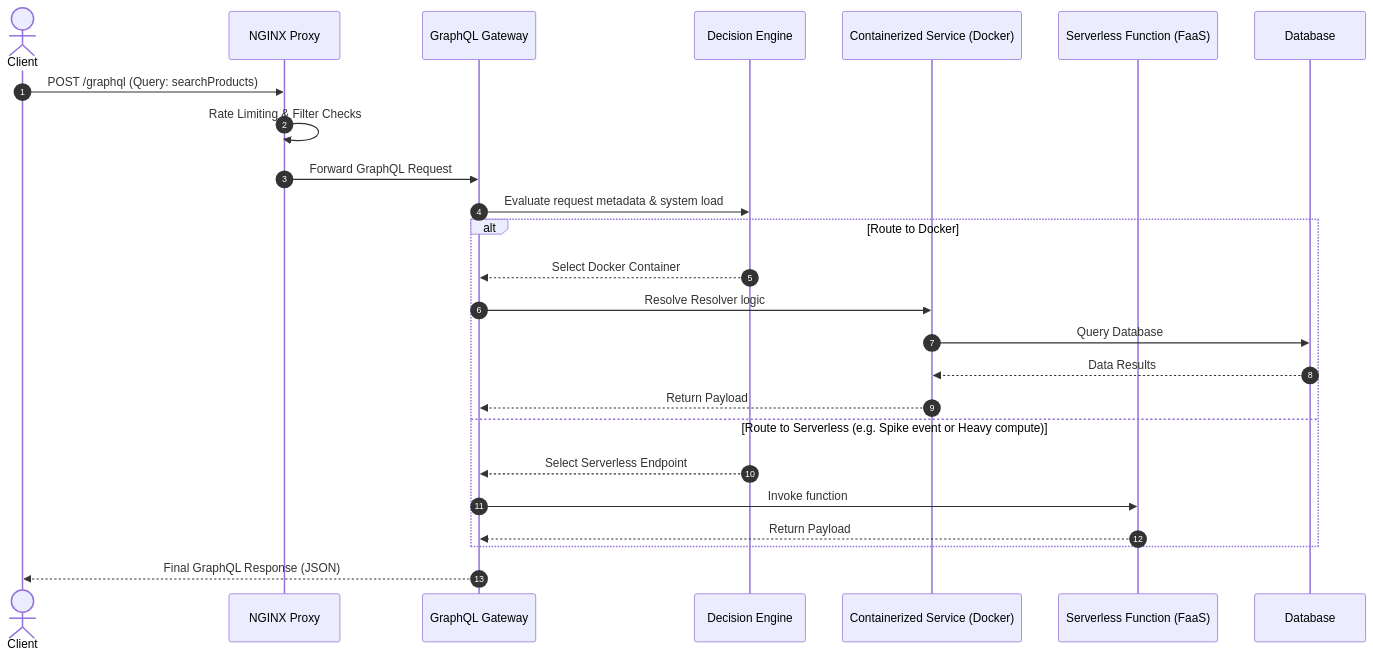
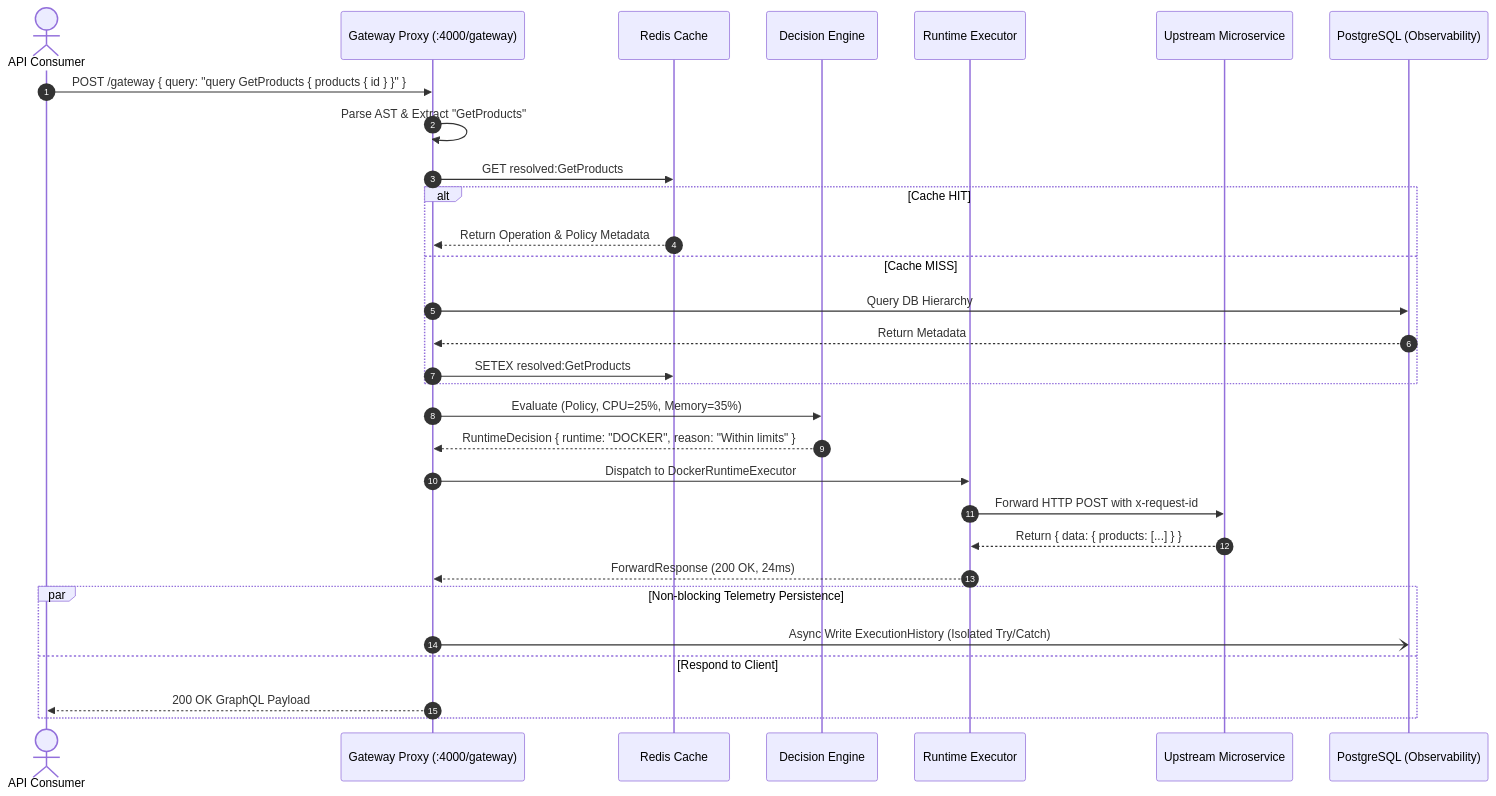
Before and after one commit to kdsirax/SpikeFlow: the second of 2 diagrams in docs/architecture.md, drawn with Mermaid. The commit also changed other lines of this file and 10 other files, not shown here.

Commit message:
docs: add comprehensive project documentation and update README architectural overview

````diff
--- a/docs/architecture.md
+++ b/docs/architecture.md
@@ -60,28 +82,36 @@
 ```mermaid
 sequenceDiagram
     autonumber
-    actor Client
-    participant Proxy as NGINX Proxy
-    participant Gateway as GraphQL Gateway
-    participant Engine as Decision Engine
-    participant Docker as Containerized Service (Docker)
-    participant Serverless as Serverless Function (FaaS)
-    participant DB as Database
+    actor Client as API Consumer
+    participant GW as Gateway Proxy (:4000/gateway)
+    participant Redis as Redis Cache
+    participant DE as Decision Engine
+    participant Exec as Runtime Executor
+    participant Upstream as Upstream Microservice
+    participant DB as PostgreSQL (Observability)
 
-    Client->>Proxy: POST /graphql (Query: searchProducts)
-    Proxy->>Proxy: Rate Limiting & Filter Checks
-    Proxy->>Gateway: Forward GraphQL Request
-    Gateway->>Engine: Evaluate request metadata & system load
-    alt Route to Docker
-        Engine-->>Gateway: Select Docker Container
-        Gateway->>Docker: Resolve Resolver logic
-        Docker->>DB: Query Database
-        DB-->>Docker: Data Results
-        Docker-->>Gateway: Return Payload
-    else Route to Serverless (e.g. Spike event or Heavy compute)
-        Engine-->>Gateway: Select Serverless Endpoint
-        Gateway->>Serverless: Invoke function
-        Serverless-->>Gateway: Return Payload
+    Client->>GW: POST /gateway { query: "query GetProducts { products { id } }" }
+    GW->>GW: Parse AST & Extract "GetProducts"
+    GW->>Redis: GET resolved:GetProducts
+    alt Cache HIT
+        Redis-->>GW: Return Operation & Policy Metadata
+    else Cache MISS
+        GW->>DB: Query DB Hierarchy
+        DB-->>GW: Return Metadata
+        GW->>Redis: SETEX resolved:GetProducts
     end
-    Gateway-->>Client: Final GraphQL Response (JSON)
+
+    GW->>DE: Evaluate (Policy, CPU=25%, Memory=35%)
+    DE-->>GW: RuntimeDecision { runtime: "DOCKER", reason: "Within limits" }
+
+    GW->>Exec: Dispatch to DockerRuntimeExecutor
+    Exec->>Upstream: Forward HTTP POST with x-request-id
+    Upstream-->>Exec: Return { data: { products: [...] } }
+    Exec-->>GW: ForwardResponse (200 OK, 24ms)
+
+    par Non-blocking Telemetry Persistence
+        GW-)DB: Async Write ExecutionHistory (Isolated Try/Catch)
+    and Respond to Client
+        GW-->>Client: 200 OK GraphQL Payload
+    end
 ```
````
